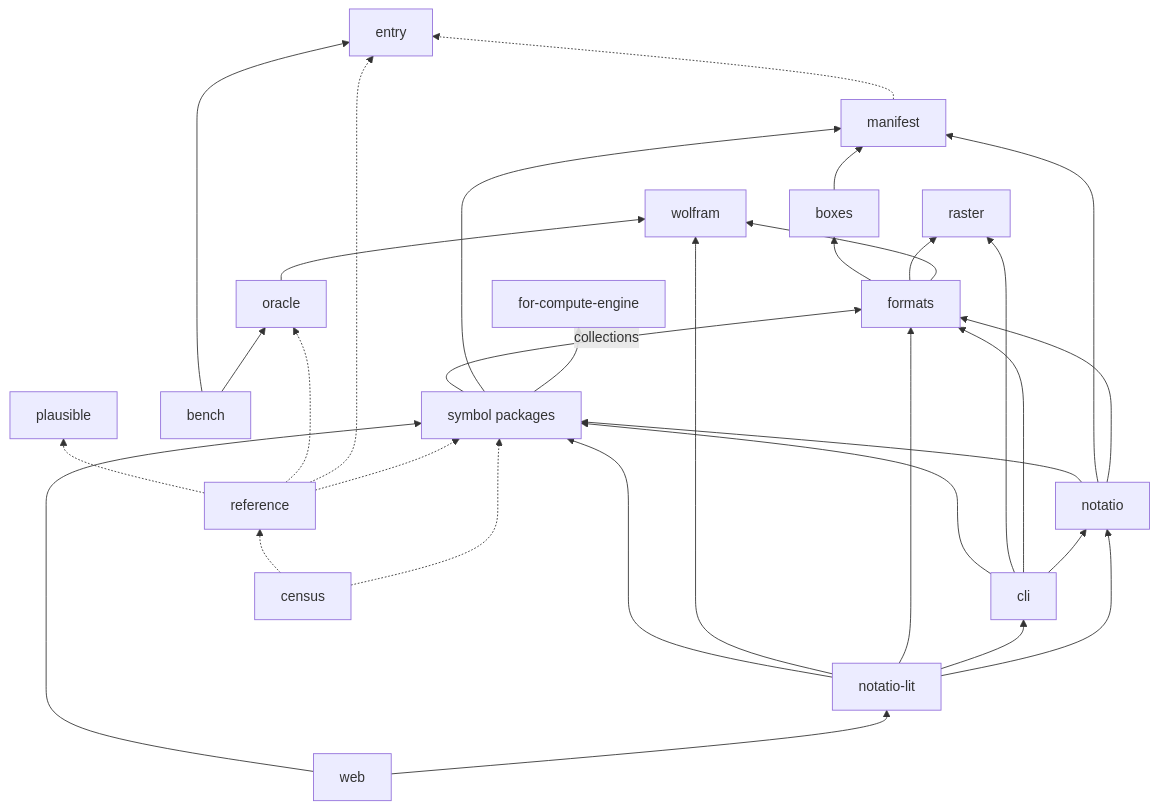
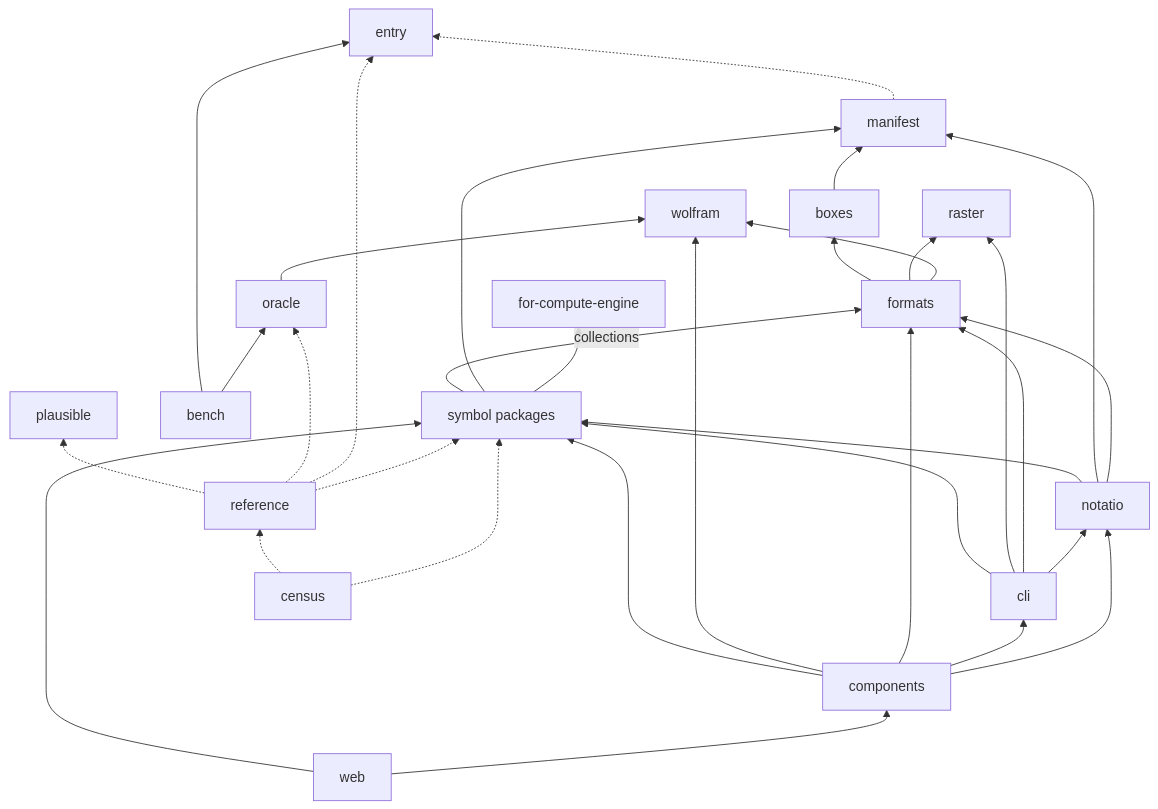
One commit to enumeratio/enumeratio changed the second of 2 diagrams in design/packages.md. Above: the diagram before and after it, drawn with Mermaid. The commit also changed other lines of this file and 568 other files, not shown here.

````diff
--- a/design/packages.md
+++ b/design/packages.md
@@ -48,16 +49,16 @@
 ```mermaid
 flowchart BT
   sym[symbol packages] --> fce[for-compute-engine] & manifest
   sym -- collections --> formats
   formats --> wolfram & raster & boxes
   boxes --> manifest
   manifest -.-> entry
   oracle --> wolfram
   bench --> oracle & entry
   notatio --> formats & manifest & sym
   cli --> notatio & formats & raster & sym
-  notatio-lit --> notatio & cli & formats & wolfram & sym
-  web --> notatio-lit & sym
+  components --> notatio & cli & formats & wolfram & sym
+  web --> components & sym
   reference -.-> sym & entry & oracle & plausible
   census -.-> sym & reference
 ```
````
